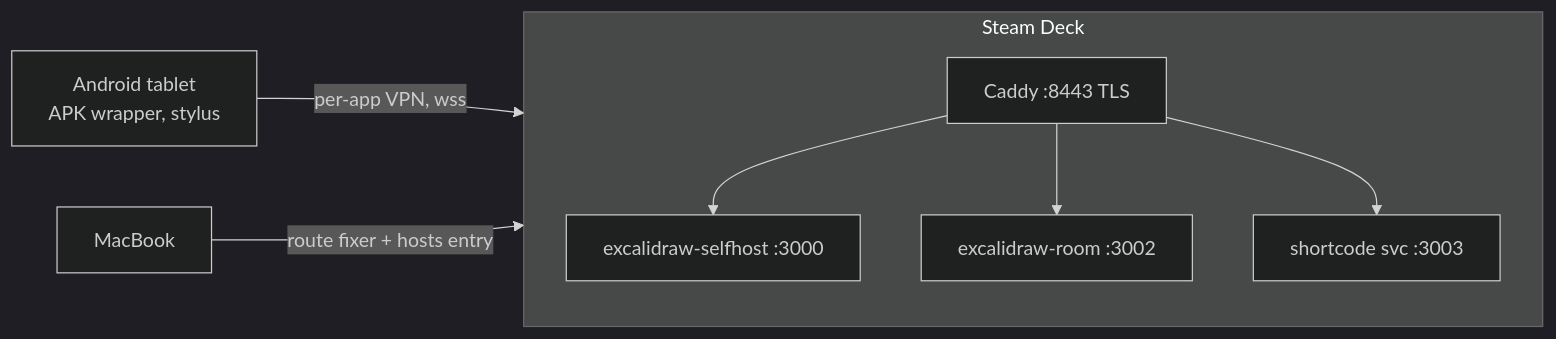
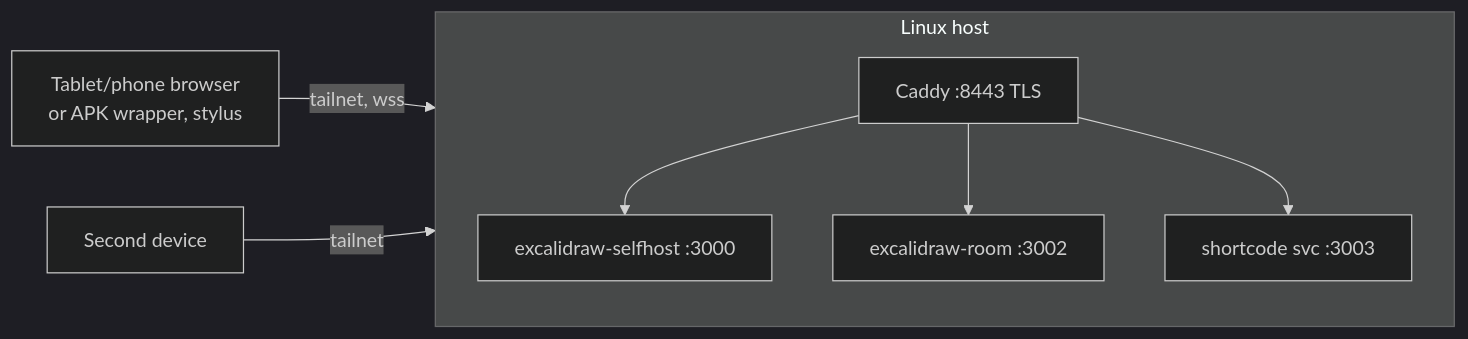
The diagram in README.md (knocking4thcylinder/excalidraw-selfhosted), drawn with Mermaid before and after one commit. The commit also changed other lines of this file and 3 other files, not shown here.

````diff
--- a/README.md
+++ b/README.md
@@ -11,13 +10,13 @@
 ```mermaid
 %%{init:{"theme":"dark"}}%%
 graph LR
-  T[Android tablet<br/>APK wrapper, stylus] -- "per-app VPN, wss" --> D((Steam Deck))
-  M[MacBook] -- "route fixer + hosts entry" --> D
-  subgraph D [Steam Deck]
+  T[Tablet/phone browser<br/>or APK wrapper, stylus] -- "tailnet, wss" --> H((Linux host))
+  M[Second device] -- "tailnet" --> H
+  subgraph H [Linux host]
     C[Caddy :8443 TLS]
     A[excalidraw-selfhost :3000]
     R[excalidraw-room :3002]
     S[shortcode svc :3003]
   end
   C --> A; C --> R; C --> S
 ```
````
